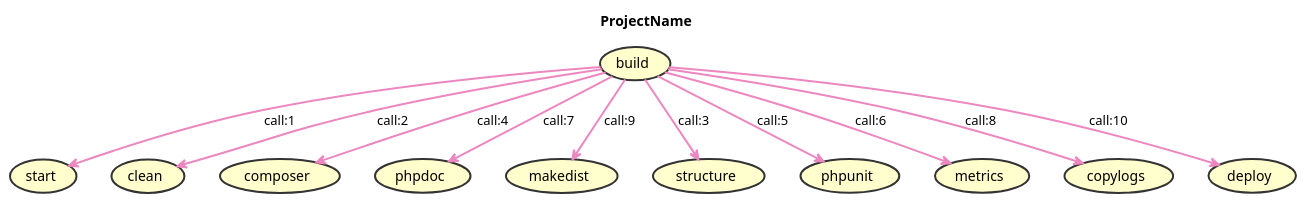
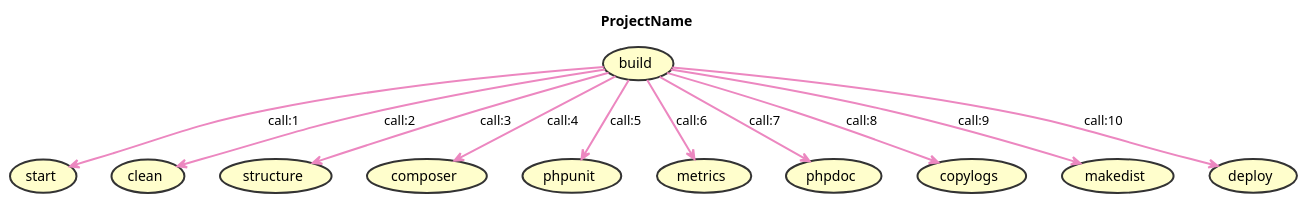
The diagram in resources/puml/gist-alphabraga.puml (jawira/phing-visualizer), drawn with PlantUML before and after one commit. The commit also changed other lines of this file and 8 other files, not shown here.

```diff
--- a/resources/puml/gist-alphabraga.puml
+++ b/resources/puml/gist-alphabraga.puml
@@ -1,33 +1,33 @@
 @startuml
 title ProjectName
 skinparam ArrowFontColor Black
 skinparam ArrowThickness 2
 skinparam UseCaseBackgroundColor #FFFECC
 skinparam UseCaseBorderColor #333333
 skinparam UseCaseBorderThickness 2
 skinparam UseCaseFontColor Black
+
+(build)-[#EC87C0]->(start) : call:1
+(build)-[#EC87C0]->(clean) : call:2
+(build)-[#EC87C0]->(structure) : call:3
+(build)-[#EC87C0]->(composer) : call:4
+(build)-[#EC87C0]->(phpunit) : call:5
+(build)-[#EC87C0]->(metrics) : call:6
+(build)-[#EC87C0]->(phpdoc) : call:7
+(build)-[#EC87C0]->(copylogs) : call:8
+(build)-[#EC87C0]->(makedist) : call:9
+(build)-[#EC87C0]->(deploy) : call:10
 
 (build)
 (start)
 (clean)
 (composer)
 (phpdoc)
 (makedist)
 (structure)
 (phpunit)
 (metrics)
 (copylogs)
 (deploy)
 
-(build)-[#EC87C0]->(start) : call:1
-(build)-[#EC87C0]->(clean) : call:2
-(build)-[#EC87C0]->(structure) : call:3
-(build)-[#EC87C0]->(composer) : call:4
-(build)-[#EC87C0]->(phpunit) : call:5
-(build)-[#EC87C0]->(metrics) : call:6
-(build)-[#EC87C0]->(phpdoc) : call:7
-(build)-[#EC87C0]->(copylogs) : call:8
-(build)-[#EC87C0]->(makedist) : call:9
-(build)-[#EC87C0]->(deploy) : call:10
-
 @enduml
```
